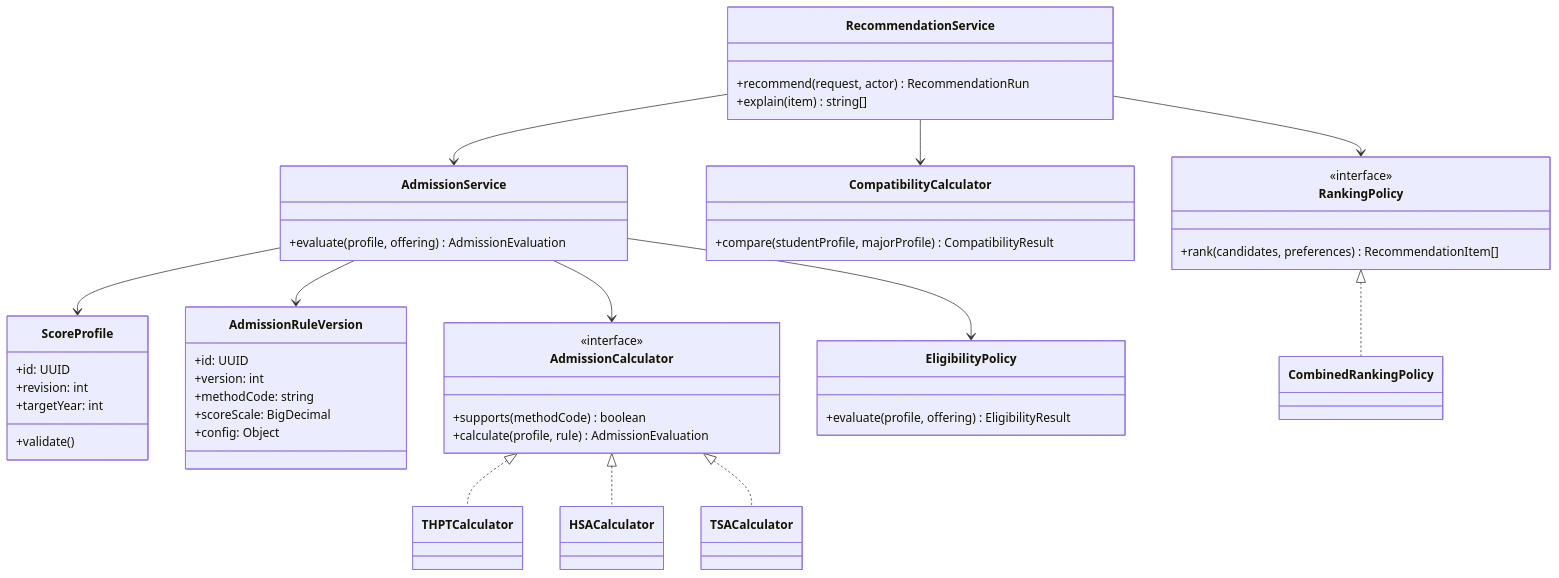
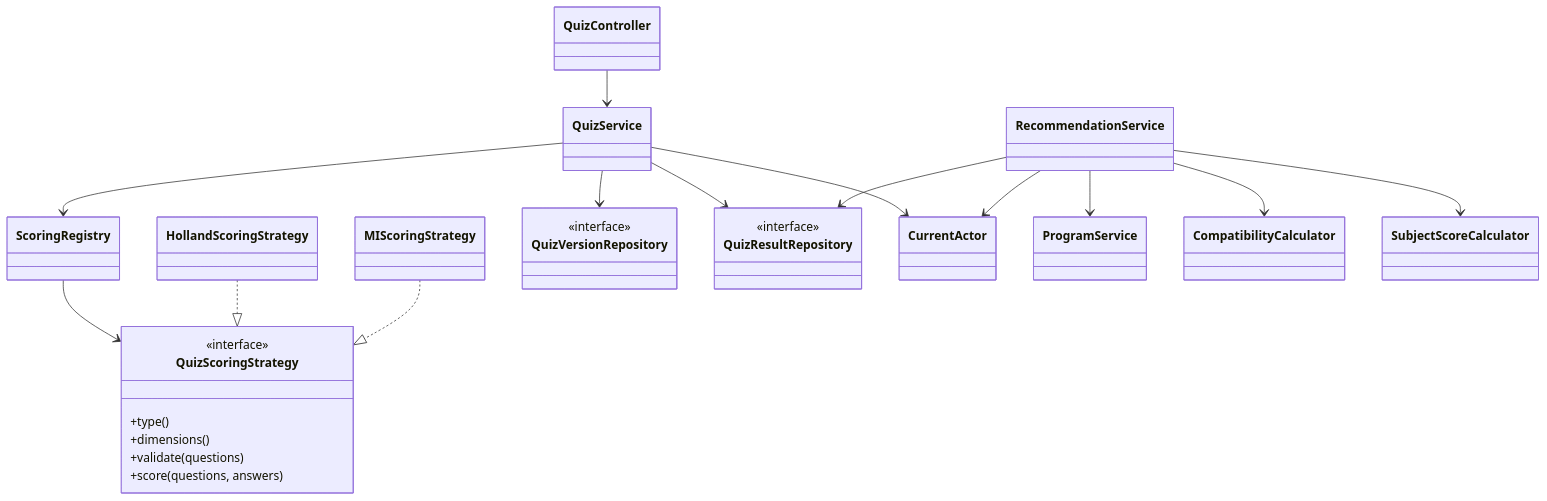
One commit to HaiDo2409/webhuongnghiep changed the second of 7 diagrams in README.md. Above: the diagram before and after it, drawn with Mermaid. The commit also changed other lines of this file and 1 other file, not shown here.

````diff
--- a/README.md
+++ b/README.md
@@ -525,53 +293,39 @@
 ```mermaid
 classDiagram
-    class ScoreProfile {
-        +id: UUID
-        +revision: int
-        +targetYear: int
-        +validate()
+    class QuizController
+    class QuizService
+    class ScoringRegistry
+    class QuizScoringStrategy {
+        <<interface>>
+        +type()
+        +dimensions()
+        +validate(questions)
+        +score(questions, answers)
     }
-    class AdmissionRuleVersion {
-        +id: UUID
-        +version: int
-        +methodCode: string
-        +scoreScale: BigDecimal
-        +config: Object
+    class HollandScoringStrategy
+    class MIScoringStrategy
+    class QuizVersionRepository {
+        <<interface>>
     }
-    class AdmissionCalculator {
+    class QuizResultRepository {
         <<interface>>
-        +supports(methodCode) boolean
-        +calculate(profile, rule) AdmissionEvaluation
     }
-    class THPTCalculator
-    class HSACalculator
-    class TSACalculator
-    class EligibilityPolicy {
-        +evaluate(profile, offering) EligibilityResult
-    }
-    class AdmissionService {
-        +evaluate(profile, offering) AdmissionEvaluation
-    }
-    class CompatibilityCalculator {
-        +compare(studentProfile, majorProfile) CompatibilityResult
-    }
-    class RankingPolicy {
-        <<interface>>
-        +rank(candidates, preferences) RecommendationItem[]
-    }
-    class CombinedRankingPolicy
-    class RecommendationService {
-        +recommend(request, actor) RecommendationRun
-        +explain(item) string[]
-    }
-    AdmissionCalculator <|.. THPTCalculator
-    AdmissionCalculator <|.. HSACalculator
-    AdmissionCalculator <|.. TSACalculator
-    RankingPolicy <|.. CombinedRankingPolicy
-    AdmissionService --> AdmissionCalculator
-    AdmissionService --> EligibilityPolicy
-    AdmissionService --> ScoreProfile
-    AdmissionService --> AdmissionRuleVersion
-    RecommendationService --> AdmissionService
+    class CurrentActor
+    class RecommendationService
+    class ProgramService
+    class CompatibilityCalculator
+    class SubjectScoreCalculator
+    QuizController --> QuizService
+    QuizService --> ScoringRegistry
+    ScoringRegistry --> QuizScoringStrategy
+    HollandScoringStrategy ..|> QuizScoringStrategy
+    MIScoringStrategy ..|> QuizScoringStrategy
+    QuizService --> QuizVersionRepository
+    QuizService --> QuizResultRepository
+    QuizService --> CurrentActor
+    RecommendationService --> CurrentActor
+    RecommendationService --> QuizResultRepository
+    RecommendationService --> ProgramService
     RecommendationService --> CompatibilityCalculator
-    RecommendationService --> RankingPolicy
+    RecommendationService --> SubjectScoreCalculator
 ```
````
